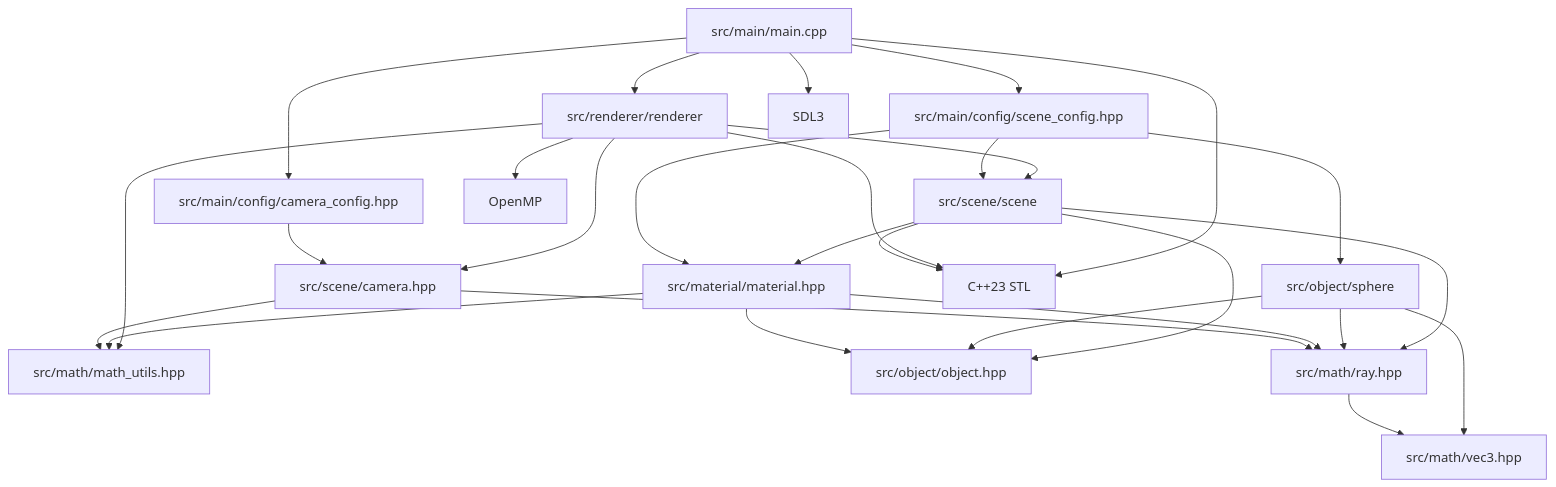
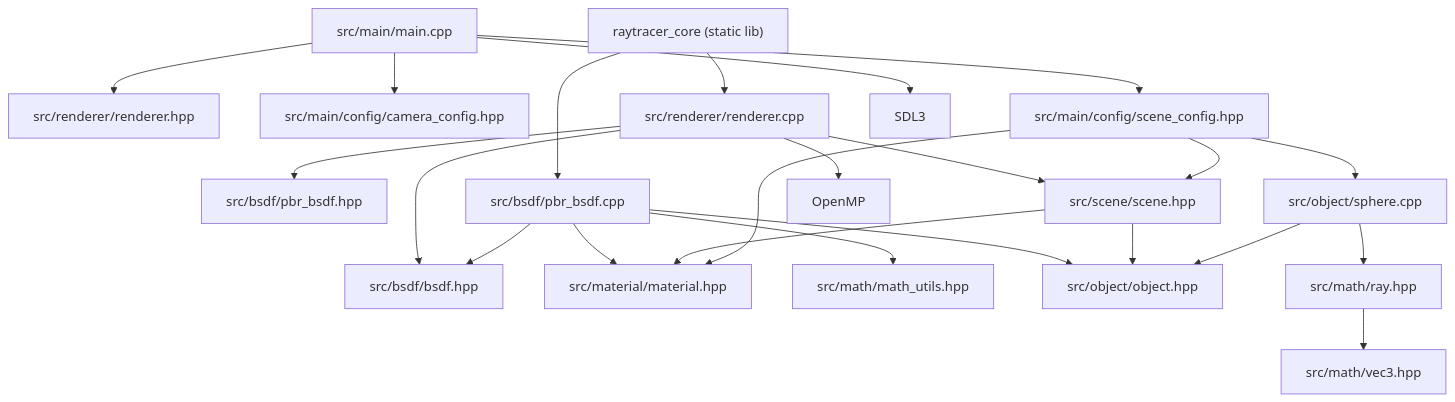
One commit to koretty/RayTracingEngine changed the diagram in docs/dependency.md. Above: the diagram before and after it, drawn with Mermaid. The commit also changed other lines of this file and 12 other files, not shown here.

````diff
--- a/docs/dependency.md
+++ b/docs/dependency.md
@@ -5,42 +5,36 @@
 ```mermaid
 graph TD
-    main_cpp["src/main/main.cpp"] --> renderer["src/renderer/renderer"]
+    main_cpp["src/main/main.cpp"] --> renderer_hpp["src/renderer/renderer.hpp"]
     main_cpp --> camera_cfg["src/main/config/camera_config.hpp"]
     main_cpp --> scene_cfg["src/main/config/scene_config.hpp"]
 
-    renderer --> scene_mod["src/scene/scene"]
-    renderer --> camera_mod["src/scene/camera.hpp"]
-    renderer --> math_utils["src/math/math_utils.hpp"]
+    renderer_cpp["src/renderer/renderer.cpp"] --> bsdf_if["src/bsdf/bsdf.hpp"]
+    renderer_cpp --> bsdf_impl["src/bsdf/pbr_bsdf.hpp"]
+    renderer_cpp --> scene_mod["src/scene/scene.hpp"]
 
-    scene_mod --> object_abs["src/object/object.hpp"]
-    scene_mod --> material_mod["src/material/material.hpp"]
-    scene_mod --> ray_mod["src/math/ray.hpp"]
+    bsdf_impl_cpp["src/bsdf/pbr_bsdf.cpp"] --> bsdf_if
+    bsdf_impl_cpp --> material_mod["src/material/material.hpp"]
+    bsdf_impl_cpp --> math_utils["src/math/math_utils.hpp"]
+    bsdf_impl_cpp --> object_abs["src/object/object.hpp"]
 
-    object_sphere["src/object/sphere"] --> object_abs
-    object_sphere --> ray_mod
-    object_sphere --> vec3_mod["src/math/vec3.hpp"]
+    scene_mod --> material_mod
+    scene_mod --> object_abs
 
-    material_mod --> object_abs
-    material_mod --> ray_mod
-    material_mod --> math_utils
+    object_sphere["src/object/sphere.cpp"] --> object_abs
+    object_sphere --> ray_mod["src/math/ray.hpp"]
+    ray_mod --> vec3_mod["src/math/vec3.hpp"]
 
-    camera_mod --> ray_mod
-    camera_mod --> math_utils
-    ray_mod --> vec3_mod
-
-    camera_cfg --> camera_mod
     scene_cfg --> scene_mod
     scene_cfg --> material_mod
     scene_cfg --> object_sphere
 
-    %% 補足: 外部ライブラリ
+    %% External
     sdl3["SDL3"]
     openmp["OpenMP"]
-    cpp_std["C++23 STL"]
+    cmake_core["raytracer_core (static lib)"]
 
     main_cpp --> sdl3
-    renderer --> openmp
-    main_cpp --> cpp_std
-    renderer --> cpp_std
-    scene_mod --> cpp_std
+    renderer_cpp --> openmp
+    cmake_core --> renderer_cpp
+    cmake_core --> bsdf_impl_cpp
 ```
````
